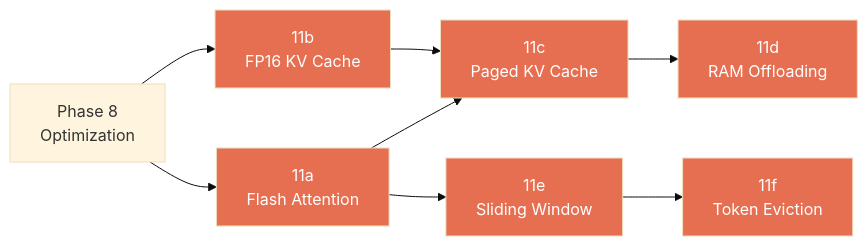
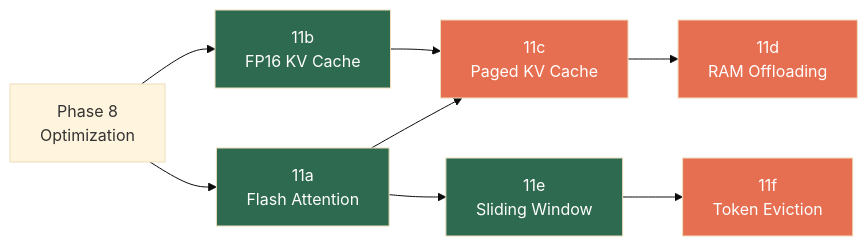
The sixth of 6 diagrams in docs/roadmap/phase-11-long-context.md (MjrTom/daisi-llogos), drawn with Mermaid (base theme) before and after one commit. The commit also changed other lines of this file and 6 other files, not shown here.

````diff
--- a/docs/roadmap/phase-11-long-context.md
+++ b/docs/roadmap/phase-11-long-context.md
@@ -259,24 +259,24 @@
 ```mermaid
 flowchart LR
     P8["Phase 8\nOptimization"]
     A["11a\nFlash Attention"]
     B["11b\nFP16 KV Cache"]
     C["11c\nPaged KV Cache"]
     D["11d\nRAM Offloading"]
     E["11e\nSliding Window"]
     F["11f\nToken Eviction"]
 
     P8 --> A
     P8 --> B
     A --> C --> D
     A --> E
     E --> F
     B --> C
 
-    style A fill:#e76f51,color:#fff
-    style B fill:#e76f51,color:#fff
+    style A fill:#2d6a4f,color:#fff
+    style B fill:#2d6a4f,color:#fff
     style C fill:#e76f51,color:#fff
     style D fill:#e76f51,color:#fff
-    style E fill:#e76f51,color:#fff
+    style E fill:#2d6a4f,color:#fff
     style F fill:#e76f51,color:#fff
 ```
````
